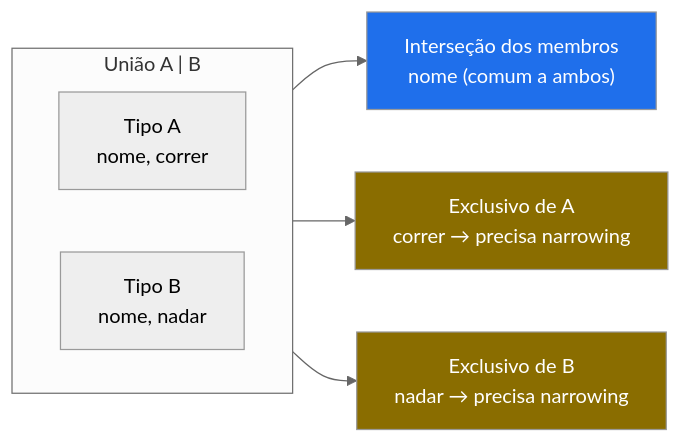
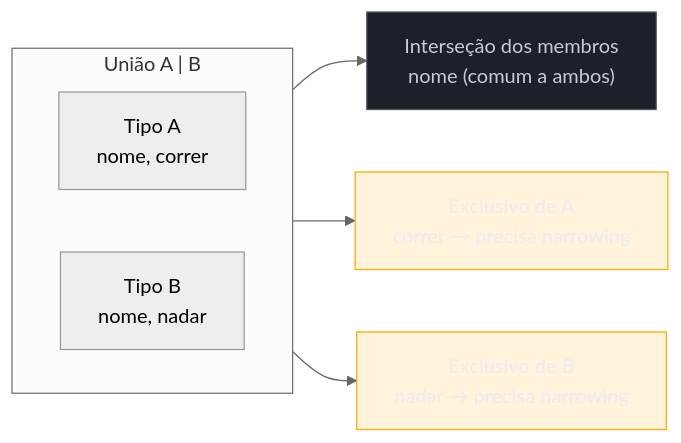
Before and after one commit to josenaldo/codex-technomanticus: the first of 4 diagrams in 03-Dominios/Tecnologia/TypeScript/07 - Union e intersection types.md, drawn with Mermaid (neutral theme). The commit also changed other lines of this file and 1181 other files, not shown here.

First line of the commit message:
fix(diagramas): paleta do sistema no lugar de cor cravada no markdown

````diff
--- a/03-Dominios/Tecnologia/TypeScript/07 - Union e intersection types.md
+++ b/03-Dominios/Tecnologia/TypeScript/07 - Union e intersection types.md
@@ -79,19 +79,21 @@
 ```mermaid
 graph LR
+    classDef neutro fill:#1B2029,stroke:#4E5666,color:#C6CCD8
+    classDef destaque fill:#FFAA0024,stroke:#FFAA00,color:#E9ECF2
     subgraph UA["União A | B"]
         direction LR
         A["Tipo A\nnome, correr"]
         B["Tipo B\nnome, nadar"]
     end
     C["Interseção dos membros\nnome (comum a ambos)"]
     D["Exclusivo de A\ncorrer → precisa narrowing"]
     E["Exclusivo de B\nnadar → precisa narrowing"]
 
     UA --> C
     UA --> D
     UA --> E
 
-    style C fill:#1f6feb,color:#fff
-    style D fill:#8a6d00,color:#fff
-    style E fill:#8a6d00,color:#fff
+    class C neutro
+    class D destaque
+    class E destaque
 ```
````
